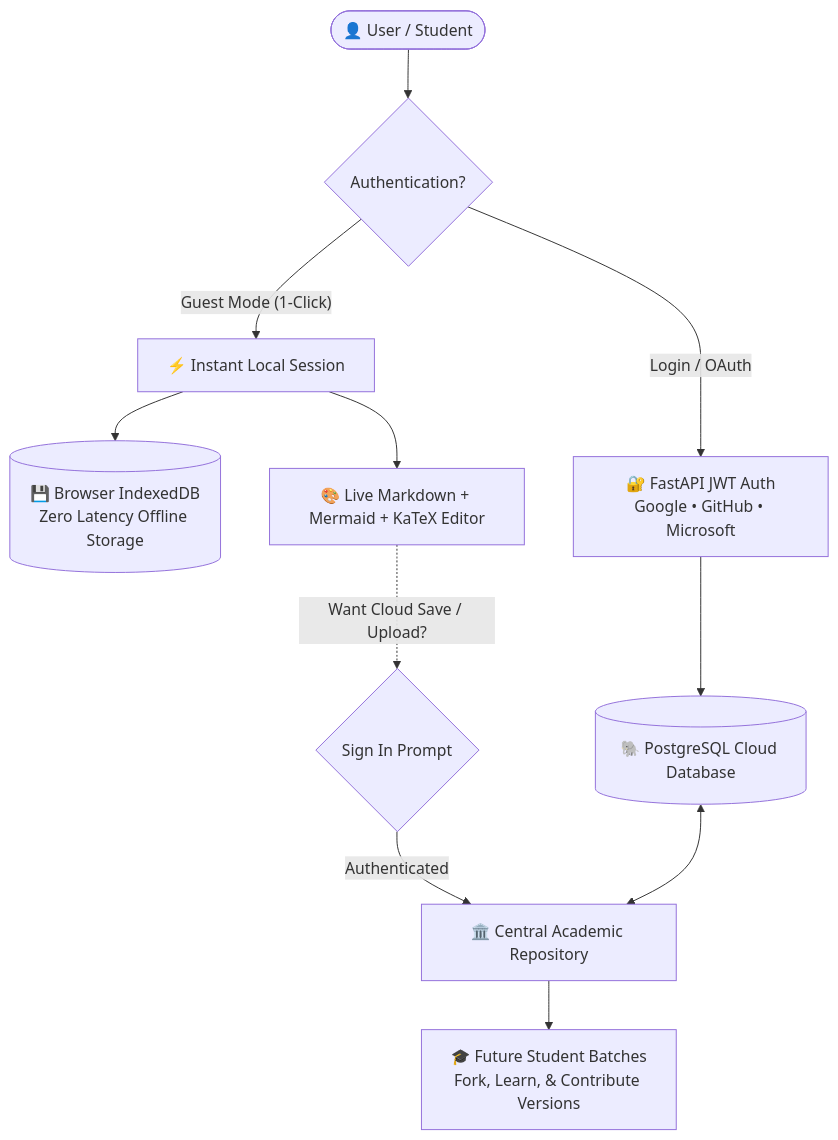
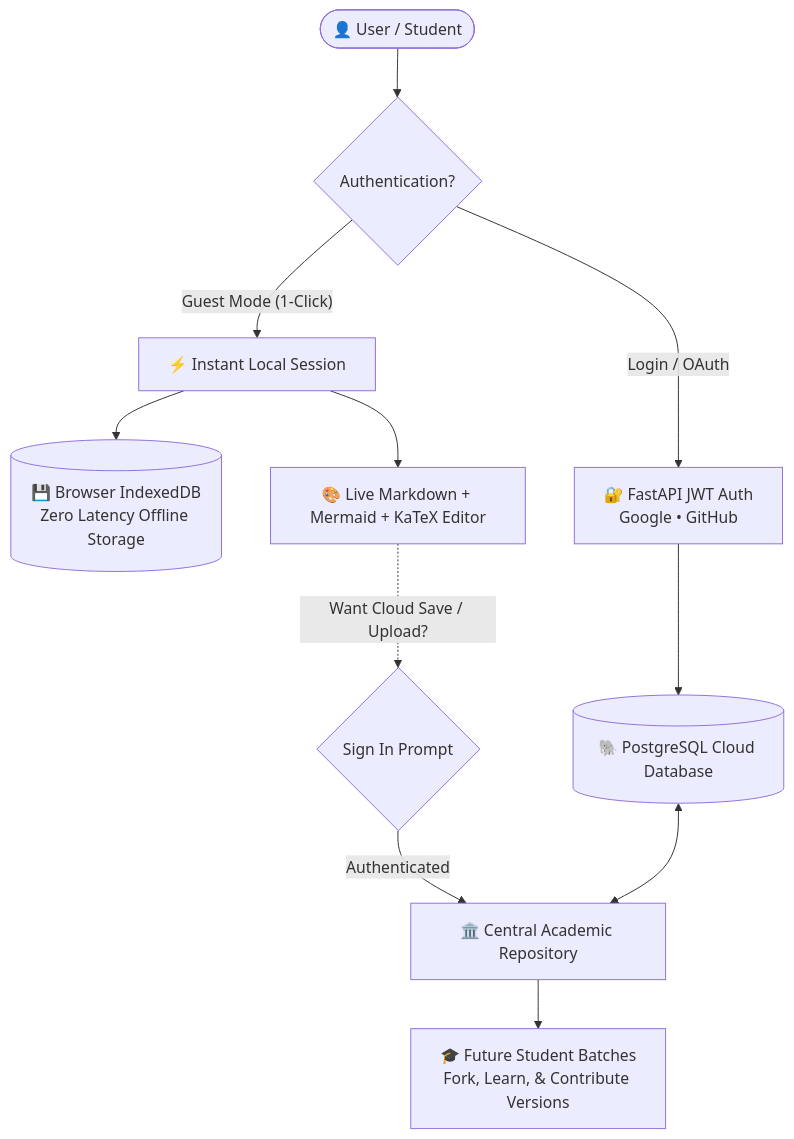
One commit to Ritik-453/Chitralekh changed the diagram in README.md. Above: the diagram before and after it, drawn with Mermaid. The commit also changed 13 other files, not shown here.

Commit message:
feat: completely remove Microsoft OAuth from UI, backend, configuration, and documentation

````diff
--- a/README.md
+++ b/README.md
@@ -89,20 +89,20 @@
 ```mermaid
 flowchart TD
     User([👤 User / Student]) --> ModeCheck{Authentication?}
     
     %% Guest Pathway
     ModeCheck -- "Guest Mode (1-Click)" --> GuestPath["⚡ Instant Local Session"]
     GuestPath --> IndexedDB[("💾 Browser IndexedDB\nZero Latency Offline Storage")]
     GuestPath --> PreviewStudio["🎨 Live Markdown + Mermaid + KaTeX Editor"]
     
     %% Registered Pathway
-    ModeCheck -- "Login / OAuth" --> AuthAPI["🔐 FastAPI JWT Auth\nGoogle • GitHub • Microsoft"]
+    ModeCheck -- "Login / OAuth" --> AuthAPI["🔐 FastAPI JWT Auth\nGoogle • GitHub"]
     AuthAPI --> CloudDB[("🐘 PostgreSQL Cloud Database")]
     
     %% Central Repository Hub
     PreviewStudio -. "Want Cloud Save / Upload?" .-> Gatekeep{"Sign In Prompt"}
     Gatekeep -- Authenticated --> CentralRepo["🏛️ Central Academic Repository"]
     CloudDB <--> CentralRepo
     
     CentralRepo --> FutureBatch["🎓 Future Student Batches\nFork, Learn, & Contribute Versions"]
 ```
````
